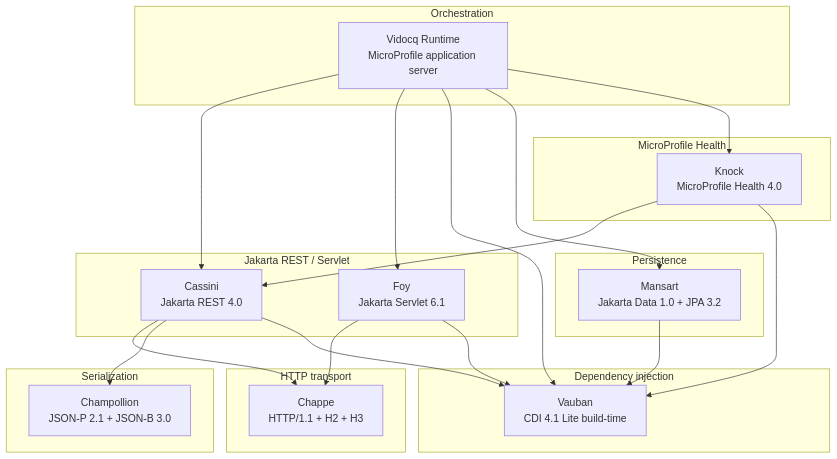
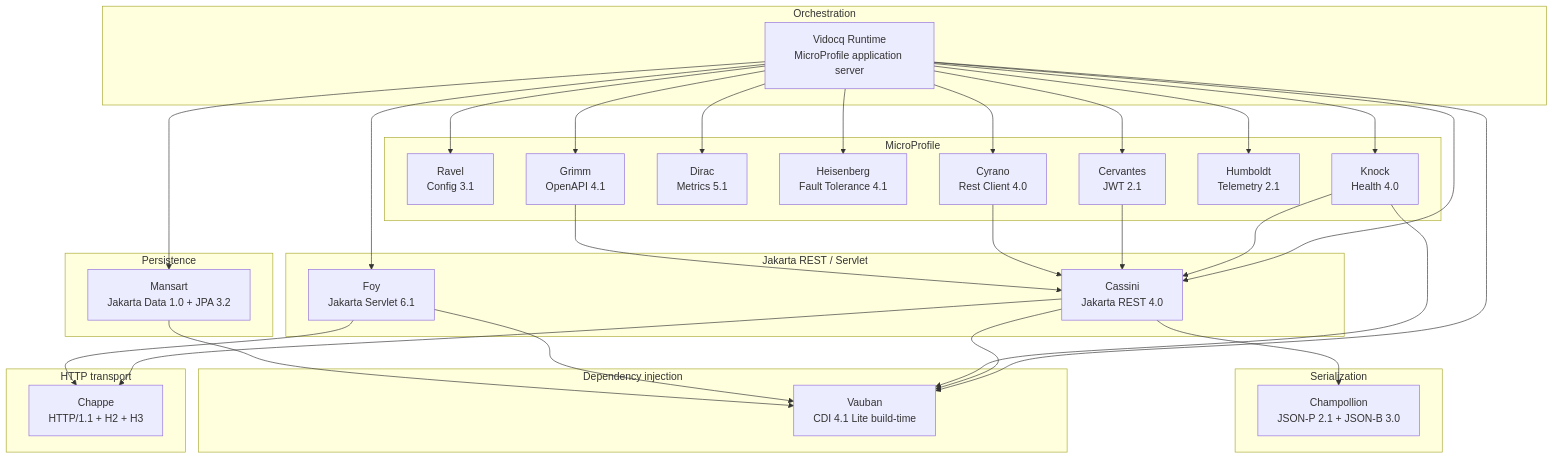
The diagram in content/home-en/modules/ROOT/pages/index.adoc (vidocq-stack/vidocq-docs), drawn with Mermaid before and after one commit. The commit also changed other lines of this file and 5 other files, not shown here.

First line of the commit message:
docs: list MicroProfile modules on the landing pages

```diff
--- a/content/home-en/modules/ROOT/pages/index.adoc
+++ b/content/home-en/modules/ROOT/pages/index.adoc
@@ -12,40 +12,57 @@
 [mermaid]
 ....
 flowchart TB
     subgraph Orchestration["Orchestration"]
         VIDOCQ[Vidocq Runtime<br/>MicroProfile application server]
     end
     subgraph REST["Jakarta REST / Servlet"]
         CASSINI[Cassini<br/>Jakarta REST 4.0]
         FOY[Foy<br/>Jakarta Servlet 6.1]
     end
     subgraph Serialization["Serialization"]
         CHAMPOLLION[Champollion<br/>JSON-P 2.1 + JSON-B 3.0]
     end
     subgraph DI["Dependency injection"]
         VAUBAN[Vauban<br/>CDI 4.1 Lite build-time]
     end
     subgraph Persistence["Persistence"]
         MANSART[Mansart<br/>Jakarta Data 1.0 + JPA 3.2]
     end
-    subgraph Health["MicroProfile Health"]
-        KNOCK[Knock<br/>MicroProfile Health 4.0]
+    subgraph MicroProfile["MicroProfile"]
+        RAVEL[Ravel<br/>Config 3.1]
+        KNOCK[Knock<br/>Health 4.0]
+        DIRAC[Dirac<br/>Metrics 5.1]
+        HEISENBERG[Heisenberg<br/>Fault Tolerance 4.1]
+        CERVANTES[Cervantes<br/>JWT 2.1]
+        CYRANO[Cyrano<br/>Rest Client 4.0]
+        HUMBOLDT[Humboldt<br/>Telemetry 2.1]
+        GRIMM[Grimm<br/>OpenAPI 4.1]
     end
     subgraph Transport["HTTP transport"]
         CHAPPE[Chappe<br/>HTTP/1.1 + H2 + H3]
     end
 
     VIDOCQ --> CASSINI
     VIDOCQ --> FOY
     VIDOCQ --> VAUBAN
     VIDOCQ --> MANSART
+    VIDOCQ --> RAVEL
     VIDOCQ --> KNOCK
+    VIDOCQ --> DIRAC
+    VIDOCQ --> HEISENBERG
+    VIDOCQ --> CERVANTES
+    VIDOCQ --> CYRANO
+    VIDOCQ --> HUMBOLDT
+    VIDOCQ --> GRIMM
     CASSINI --> CHAPPE
     CASSINI --> CHAMPOLLION
     CASSINI --> VAUBAN
     KNOCK --> CASSINI
     KNOCK --> VAUBAN
+    CERVANTES --> CASSINI
+    CYRANO --> CASSINI
+    GRIMM --> CASSINI
     FOY --> CHAPPE
     FOY --> VAUBAN
     MANSART --> VAUBAN
 ....
```
